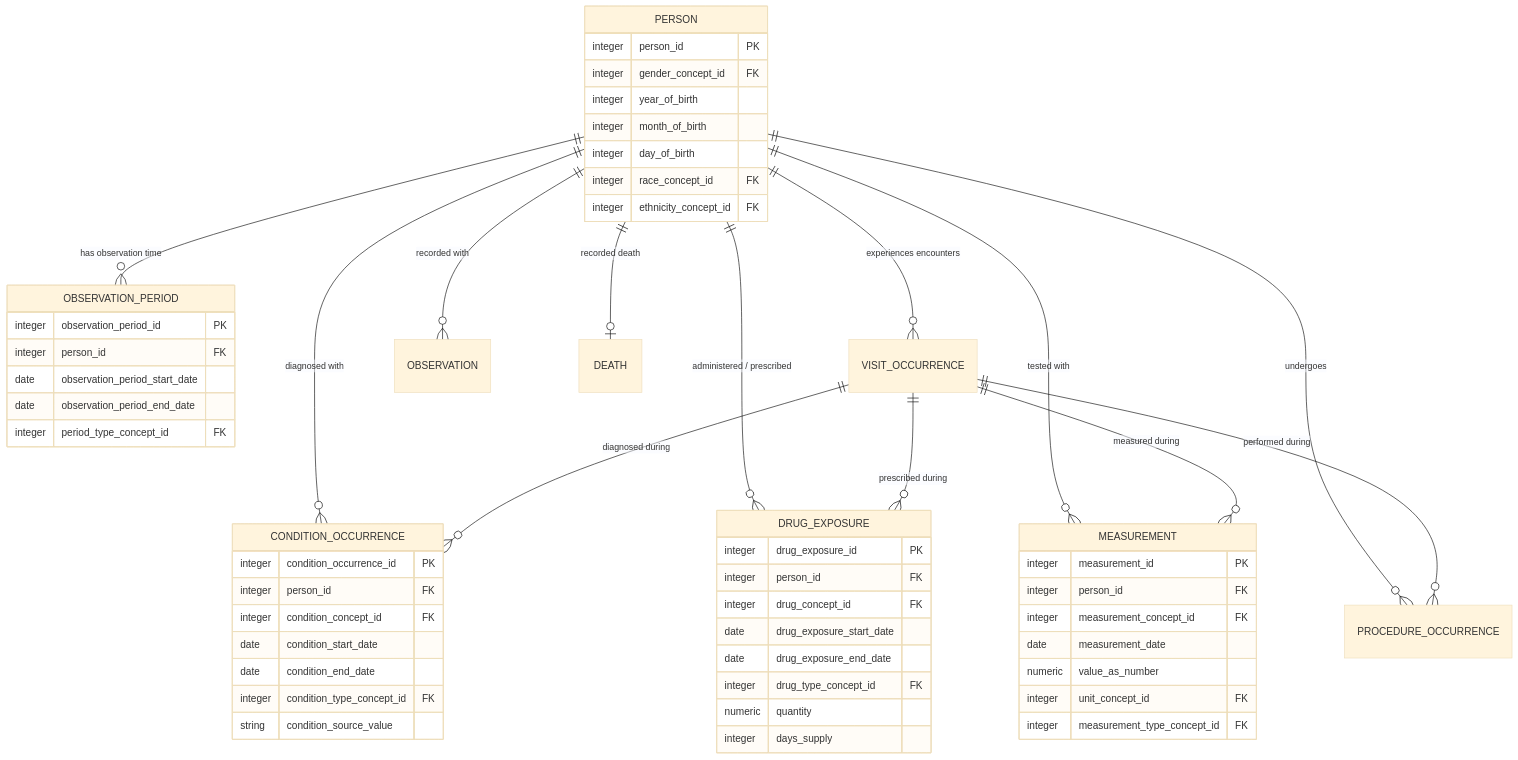
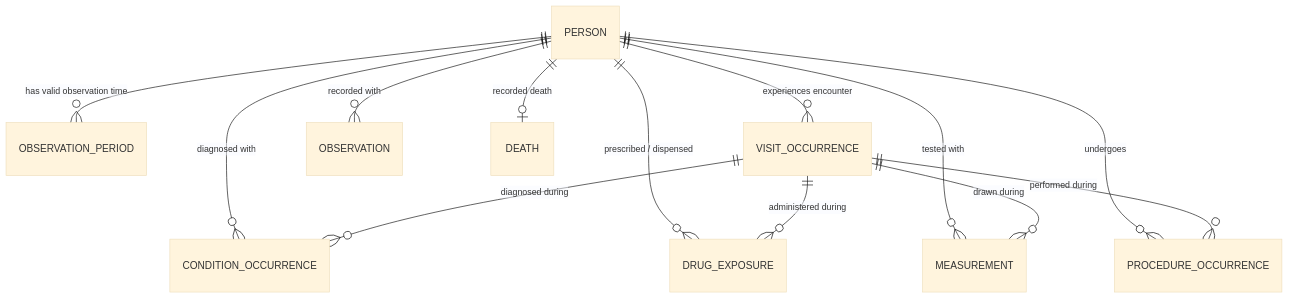
Before and after one commit to iomedhealth/OmopAnalyticsGuide: the third of 5 diagrams in docs/data_enablement/01_omop_cdm_architecture.md, drawn with Mermaid (base theme). The commit also changed other lines of this file and 1 other file, not shown here.

Commit message:
docs: refine OMOP CDM architecture with narrative flow and pushdown examples

````diff
--- a/docs/data_enablement/01_omop_cdm_architecture.md
+++ b/docs/data_enablement/01_omop_cdm_architecture.md
@@ -83,65 +102,16 @@
 ```mermaid
 erDiagram
-    PERSON ||--o{ OBSERVATION_PERIOD : "has observation time"
-    PERSON ||--o{ VISIT_OCCURRENCE : "experiences encounters"
+    PERSON ||--o{ OBSERVATION_PERIOD : "has valid observation time"
+    PERSON ||--o{ VISIT_OCCURRENCE : "experiences encounter"
     PERSON ||--o{ CONDITION_OCCURRENCE : "diagnosed with"
-    PERSON ||--o{ DRUG_EXPOSURE : "administered / prescribed"
+    PERSON ||--o{ DRUG_EXPOSURE : "prescribed / dispensed"
     PERSON ||--o{ MEASUREMENT : "tested with"
     PERSON ||--o{ PROCEDURE_OCCURRENCE : "undergoes"
     PERSON ||--o{ OBSERVATION : "recorded with"
     PERSON ||--o| DEATH : "recorded death"
 
     VISIT_OCCURRENCE ||--o{ CONDITION_OCCURRENCE : "diagnosed during"
-    VISIT_OCCURRENCE ||--o{ DRUG_EXPOSURE : "prescribed during"
-    VISIT_OCCURRENCE ||--o{ MEASUREMENT : "measured during"
+    VISIT_OCCURRENCE ||--o{ DRUG_EXPOSURE : "administered during"
+    VISIT_OCCURRENCE ||--o{ MEASUREMENT : "drawn during"
     VISIT_OCCURRENCE ||--o{ PROCEDURE_OCCURRENCE : "performed during"
-
-    PERSON {
-        integer person_id PK
-        integer gender_concept_id FK
-        integer year_of_birth
-        integer month_of_birth
-        integer day_of_birth
-        integer race_concept_id FK
-        integer ethnicity_concept_id FK
-    }
-
-    OBSERVATION_PERIOD {
-        integer observation_period_id PK
-        integer person_id FK
-        date observation_period_start_date
-        date observation_period_end_date
-        integer period_type_concept_id FK
-    }
-
-    CONDITION_OCCURRENCE {
-        integer condition_occurrence_id PK
-        integer person_id FK
-        integer condition_concept_id FK
-        date condition_start_date
-        date condition_end_date
-        integer condition_type_concept_id FK
-        string condition_source_value
-    }
-
-    DRUG_EXPOSURE {
-        integer drug_exposure_id PK
-        integer person_id FK
-        integer drug_concept_id FK
-        date drug_exposure_start_date
-        date drug_exposure_end_date
-        integer drug_type_concept_id FK
-        numeric quantity
-        integer days_supply
-    }
-
-    MEASUREMENT {
-        integer measurement_id PK
-        integer person_id FK
-        integer measurement_concept_id FK
-        date measurement_date
-        numeric value_as_number
-        integer unit_concept_id FK
-        integer measurement_type_concept_id FK
-    }
 ```
````
